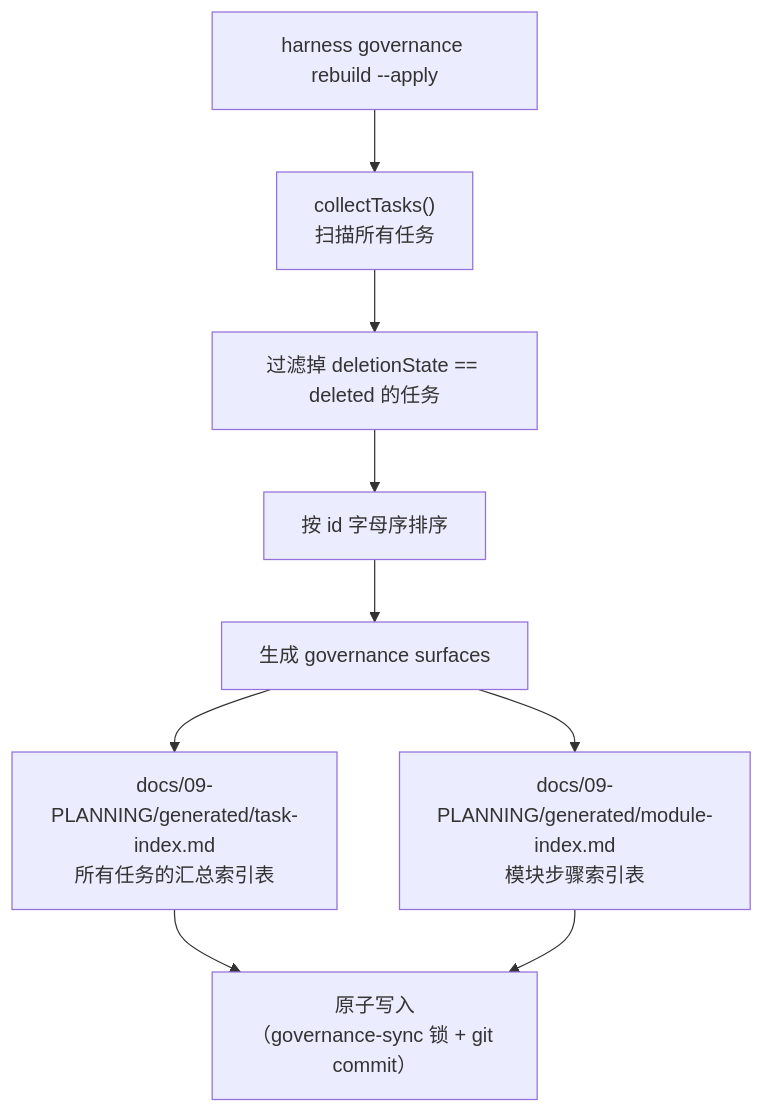
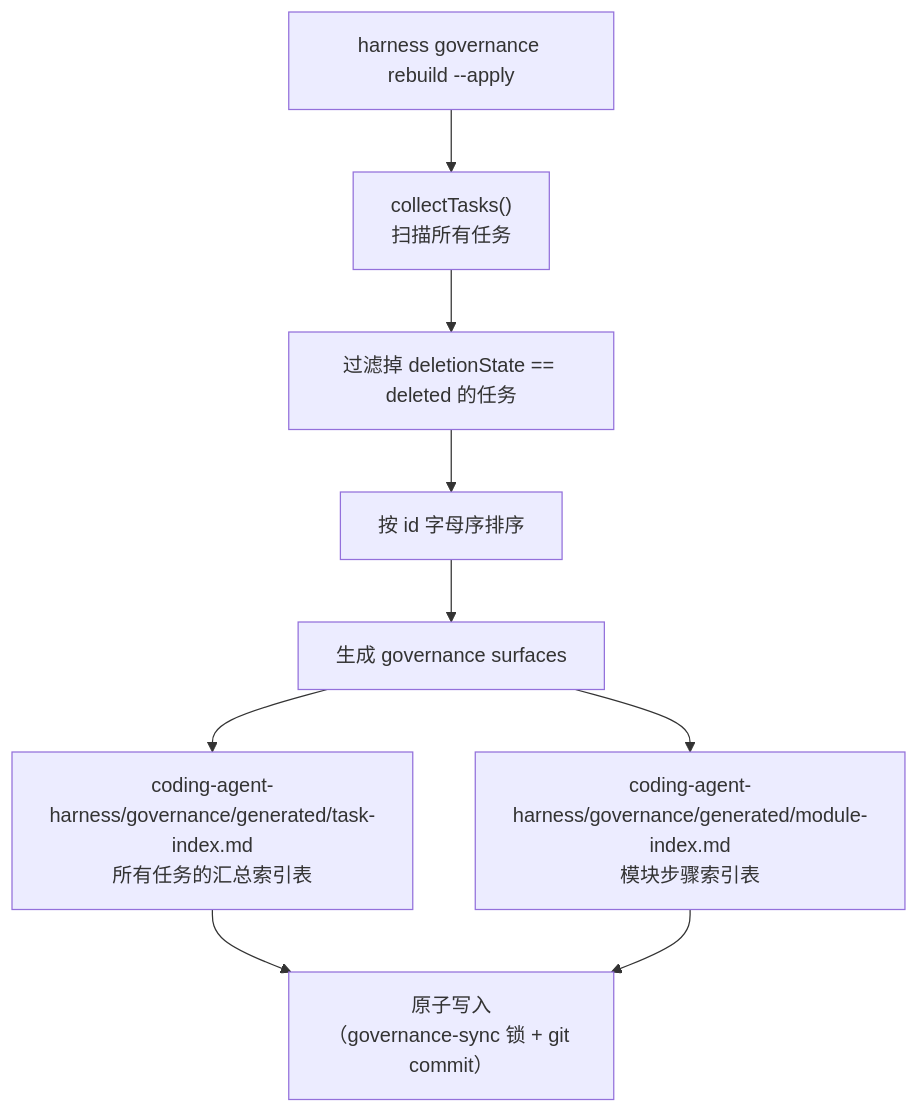
One commit to FairladyZ625/coding-agent-harness changed the fourth of 4 diagrams in docs-release/architecture/system-explainer/04-check-and-governance.md. Above: the diagram before and after it, drawn with Mermaid. The commit also changed other lines of this file and 120 other files, not shown here.

````diff
--- a/docs-release/architecture/system-explainer/04-check-and-governance.md
+++ b/docs-release/architecture/system-explainer/04-check-and-governance.md
@@ -181,15 +181,15 @@
 ```mermaid
 flowchart TD
   Cmd["harness governance rebuild --apply"]
 
   Cmd --> Scan["collectTasks()\n扫描所有任务"]
   Scan --> Filter["过滤掉 deletionState == deleted 的任务"]
   Filter --> Sort["按 id 字母序排序"]
   Sort --> Gen["生成 governance surfaces"]
 
-  Gen --> TI["docs/09-PLANNING/generated/task-index.md\n所有任务的汇总索引表"]
-  Gen --> MI["docs/09-PLANNING/generated/module-index.md\n模块步骤索引表"]
+  Gen --> TI["coding-agent-harness/governance/generated/task-index.md\n所有任务的汇总索引表"]
+  Gen --> MI["coding-agent-harness/governance/generated/module-index.md\n模块步骤索引表"]
 
   TI --> Atomic["原子写入\n（governance-sync 锁 + git commit）"]
   MI --> Atomic
 ```
````
